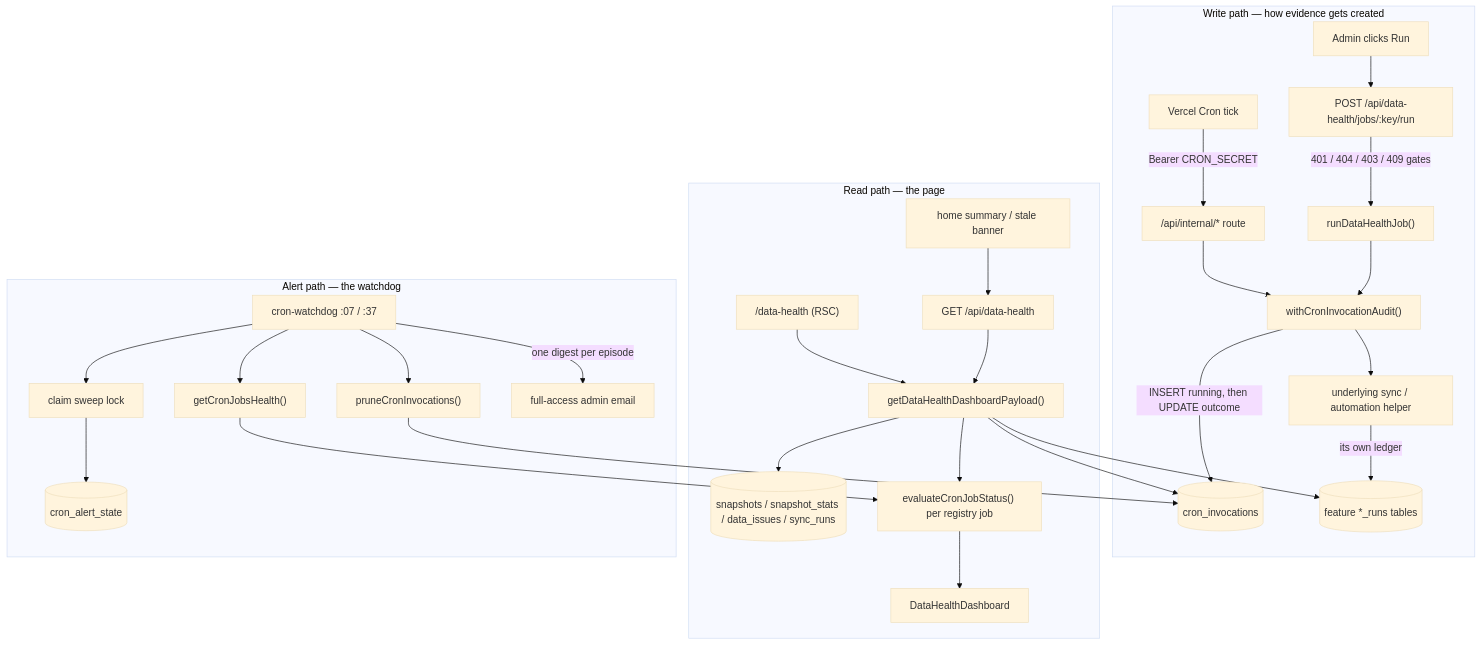
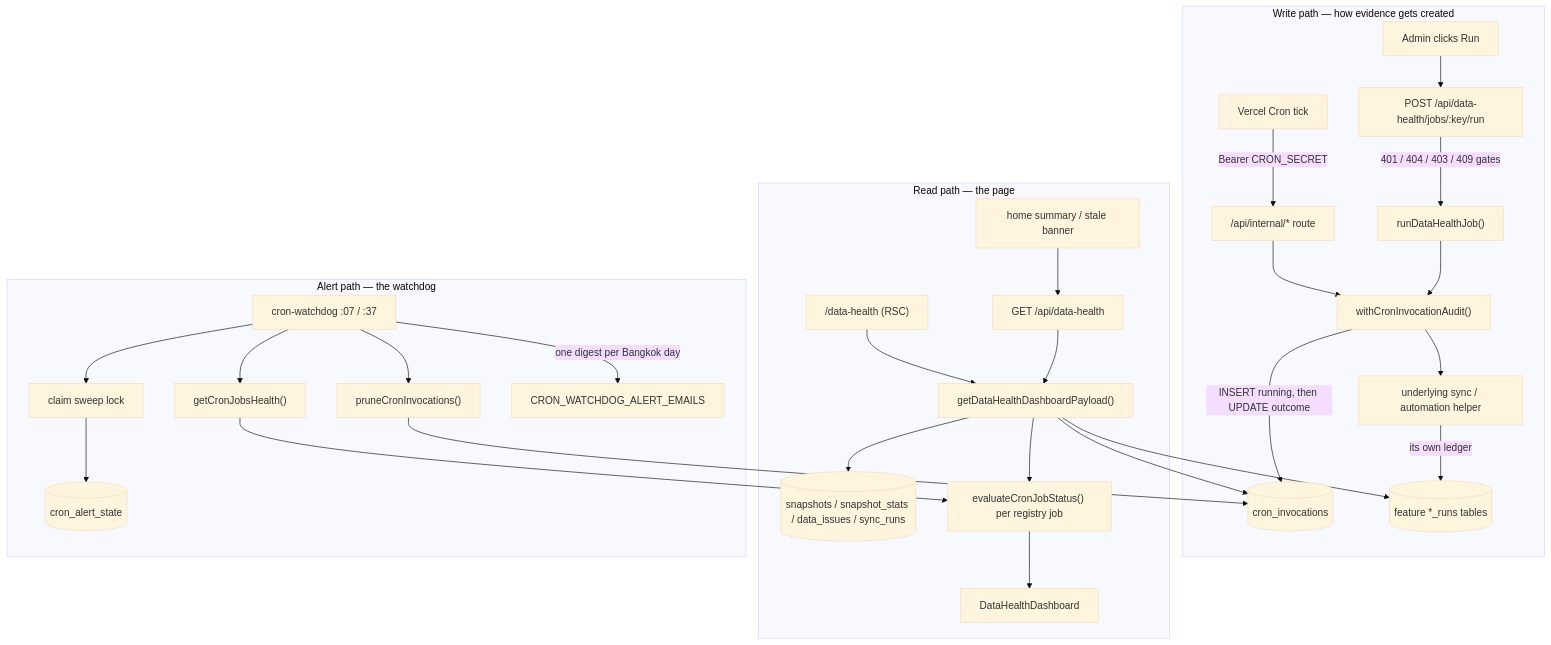
The diagram in docs/features/data-health.md (kasheesh711/bgscheduler), drawn with Mermaid (base theme) before and after one commit. The commit also changed other lines of this file and 20 other files, not shown here.

````diff
--- a/docs/features/data-health.md
+++ b/docs/features/data-health.md
@@ -99,34 +99,34 @@
 ```mermaid
 flowchart TD
     subgraph write["Write path — how evidence gets created"]
       VC["Vercel Cron tick"] -->|"Bearer CRON_SECRET"| IR["/api/internal/* route"]
       AB["Admin clicks Run"] --> RJ["POST /api/data-health/jobs/:key/run"]
       RJ -->|"401 / 404 / 403 / 409 gates"| RDJ["runDataHealthJob()"]
       IR --> WRAP["withCronInvocationAudit()"]
       RDJ --> WRAP
       WRAP -->|"INSERT running, then UPDATE outcome"| CI[("cron_invocations")]
       WRAP --> JOB["underlying sync / automation helper"]
       JOB -->|"its own ledger"| RUNS[("feature *_runs tables")]
     end
 
     subgraph read["Read path — the page"]
       PAGE["/data-health (RSC)"] --> PAY["getDataHealthDashboardPayload()"]
       API["GET /api/data-health"] --> PAY
       HOME["home summary / stale banner"] --> API
       PAY --> CI
       PAY --> RUNS
       PAY --> SNAP[("snapshots / snapshot_stats / data_issues / sync_runs")]
       PAY --> EVAL["evaluateCronJobStatus() per registry job"]
       EVAL --> UI["DataHealthDashboard"]
     end
 
     subgraph alert["Alert path — the watchdog"]
       WD["cron-watchdog :07 / :37"] --> PRUNE["pruneCronInvocations()"]
       PRUNE --> CI
       WD --> CJH["getCronJobsHealth()"]
       CJH --> EVAL
       WD --> LOCK["claim sweep lock"]
       LOCK --> CAS[("cron_alert_state")]
-      WD -->|"one digest per episode"| MAIL["full-access admin email"]
+      WD -->|"one digest per Bangkok day"| MAIL["CRON_WATCHDOG_ALERT_EMAILS"]
     end
 ```
````
